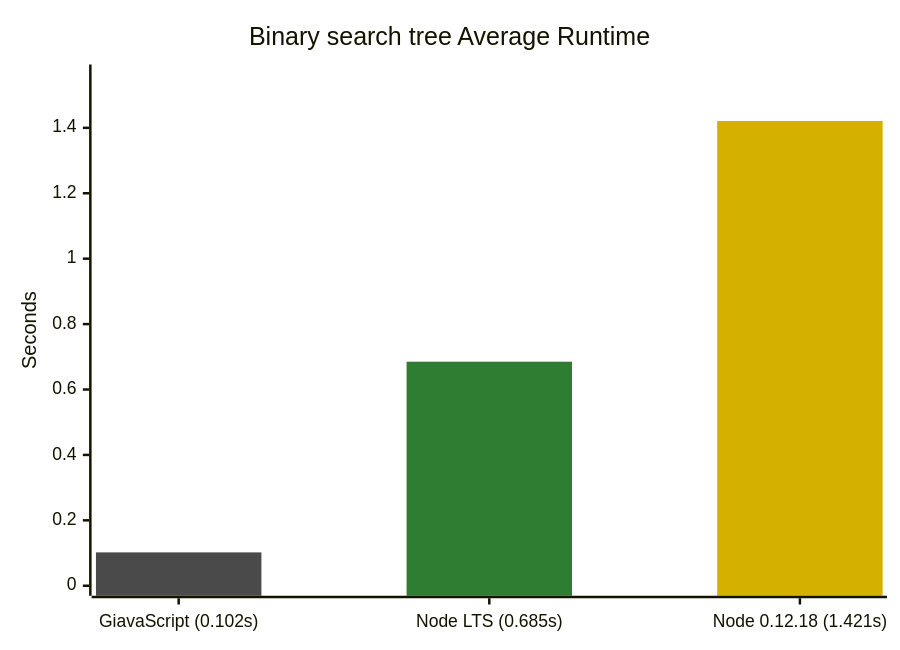
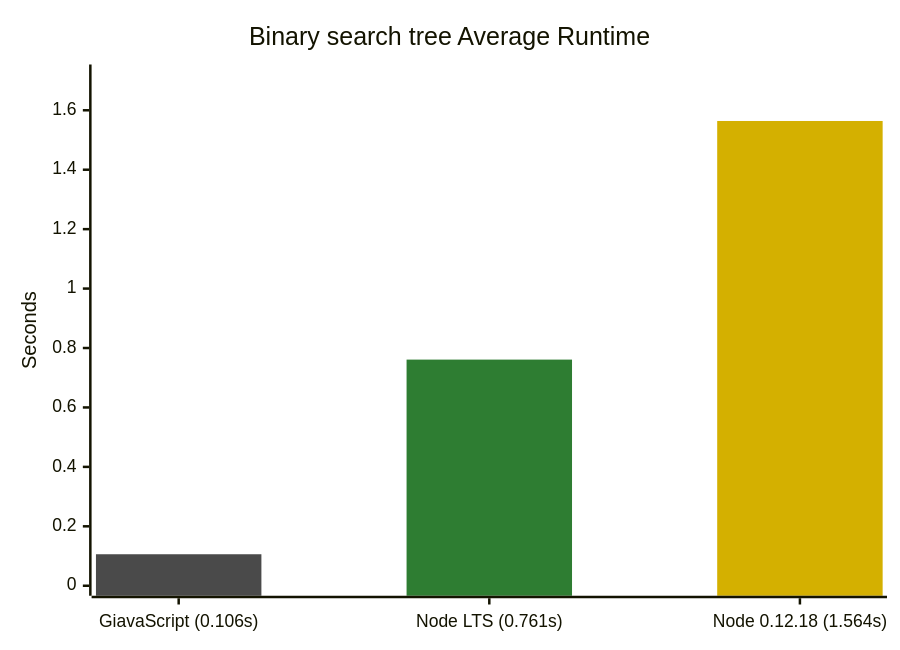
One commit to GiavaScript/GiavaScript changed the third of 5 diagrams in README.md. Above: the diagram before and after it, drawn with Mermaid. The commit also changed other lines of this file and 2 other files, not shown here.

````diff
--- a/README.md
+++ b/README.md
@@ -103,10 +103,10 @@
 ```mermaid
 %%{init: {"themeVariables": {"xyChart": {"plotColorPalette": "#4a4a4a, #2e7d32, #d4b000"}}}}%%
 xychart-beta
     title "Binary search tree Average Runtime"
-    x-axis ["GiavaScript (0.102s)", "Node LTS (0.685s)", "Node 0.12.18 (1.421s)"]
-    y-axis "Seconds" 0 --> 1.5631
-    bar [0.102, -1, -1]
-    bar [-1, 0.685, -1]
-    bar [-1, -1, 1.421]
+    x-axis ["GiavaScript (0.106s)", "Node LTS (0.761s)", "Node 0.12.18 (1.564s)"]
+    y-axis "Seconds" 0 --> 1.7204
+    bar [0.106, -1, -1]
+    bar [-1, 0.761, -1]
+    bar [-1, -1, 1.564]
 ```
````
